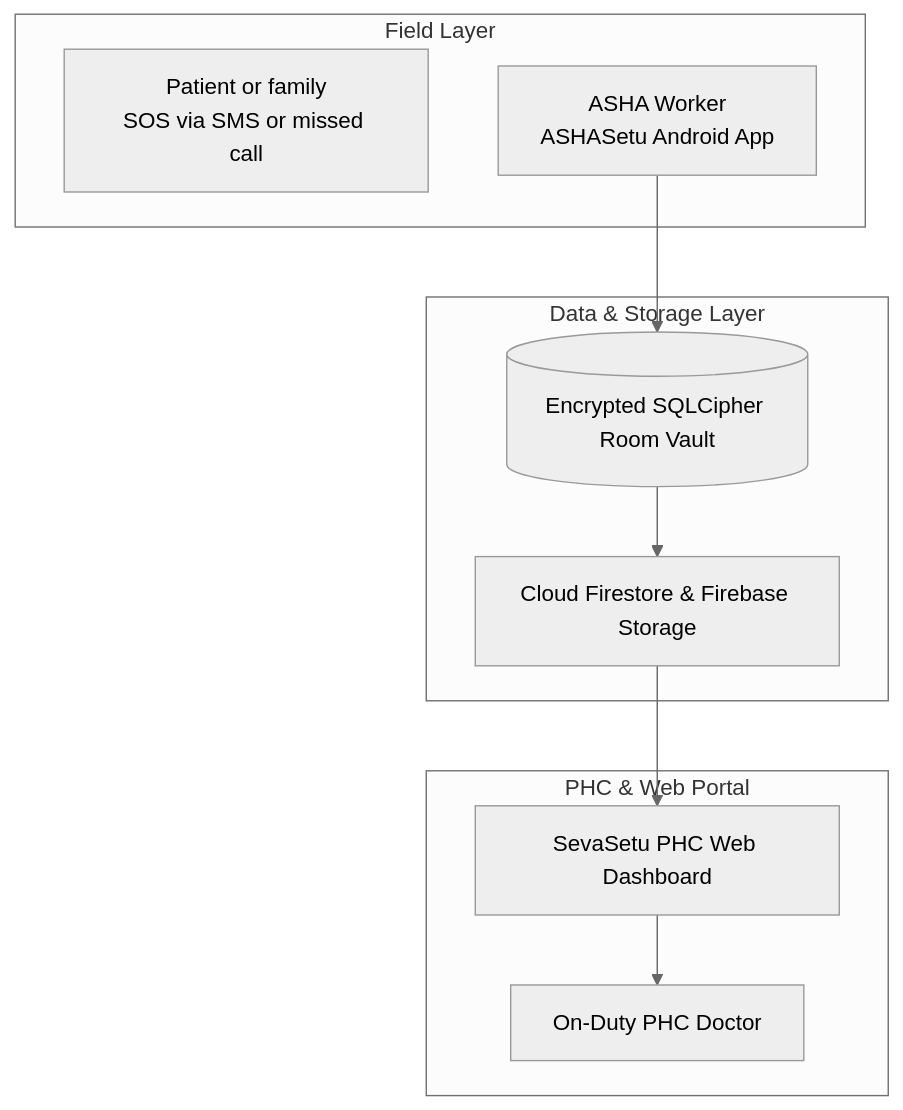
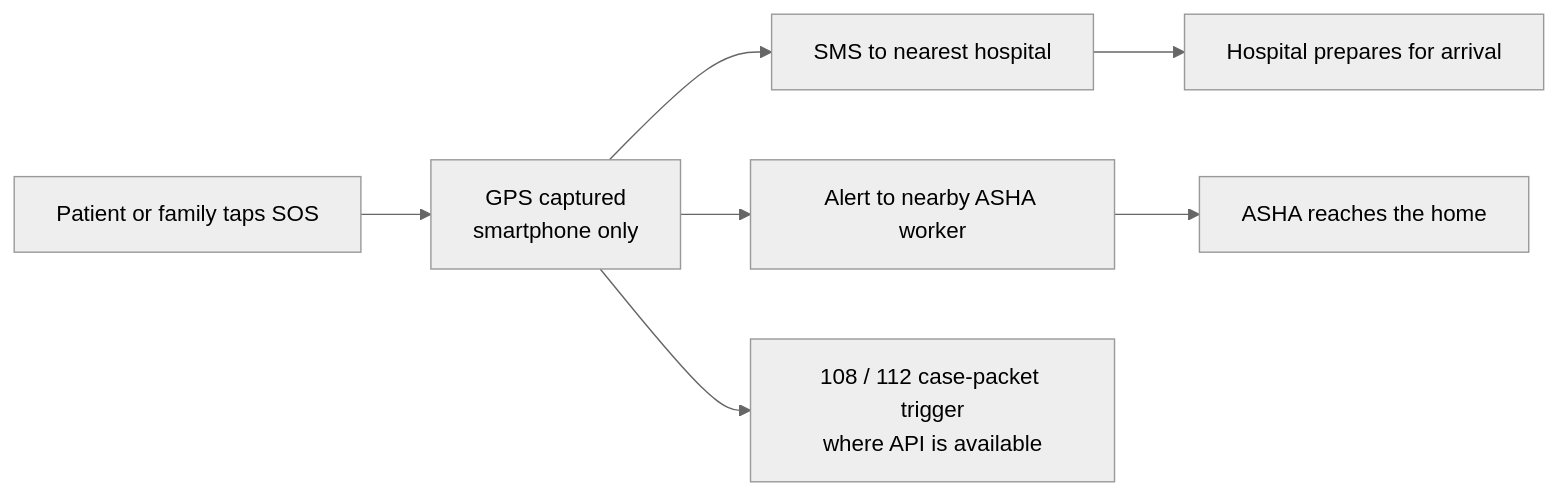
One commit to Yokesveren/SevaSetu-Team_Byteclub changed the second of 5 diagrams in README.md. Above: the diagram before and after it, drawn with Mermaid (neutral theme). The commit also changed other lines of this file, not shown here.

````diff
--- a/README.md
+++ b/README.md
@@ -238,19 +148,9 @@
 ```mermaid
-flowchart TD
-    subgraph FIELD["Field Layer"]
-        PAT["Patient or family<br/>SOS via SMS or missed call"]
-        ASHA["ASHA Worker<br/>ASHASetu Android App"]
-    end
-    subgraph DATA["Data & Storage Layer"]
-        DB[("Encrypted SQLCipher Room Vault")]
-        FS["Cloud Firestore & Firebase Storage"]
-    end
-    subgraph PHC["PHC & Web Portal"]
-        WEB["SevaSetu PHC Web Dashboard"]
-        DOC["On-Duty PHC Doctor"]
-    end
-    ASHA --> DB
-    DB --> FS
-    FS --> WEB
-    WEB --> DOC
+flowchart LR
+    A["Patient or family taps SOS"] --> B["GPS captured<br/>smartphone only"]
+    B --> C["SMS to nearest hospital"]
+    B --> D["Alert to nearby ASHA worker"]
+    B --> E["108 / 112 case-packet trigger<br/>where API is available"]
+    C --> F["Hospital prepares for arrival"]
+    D --> G["ASHA reaches the home"]
 ```
````
